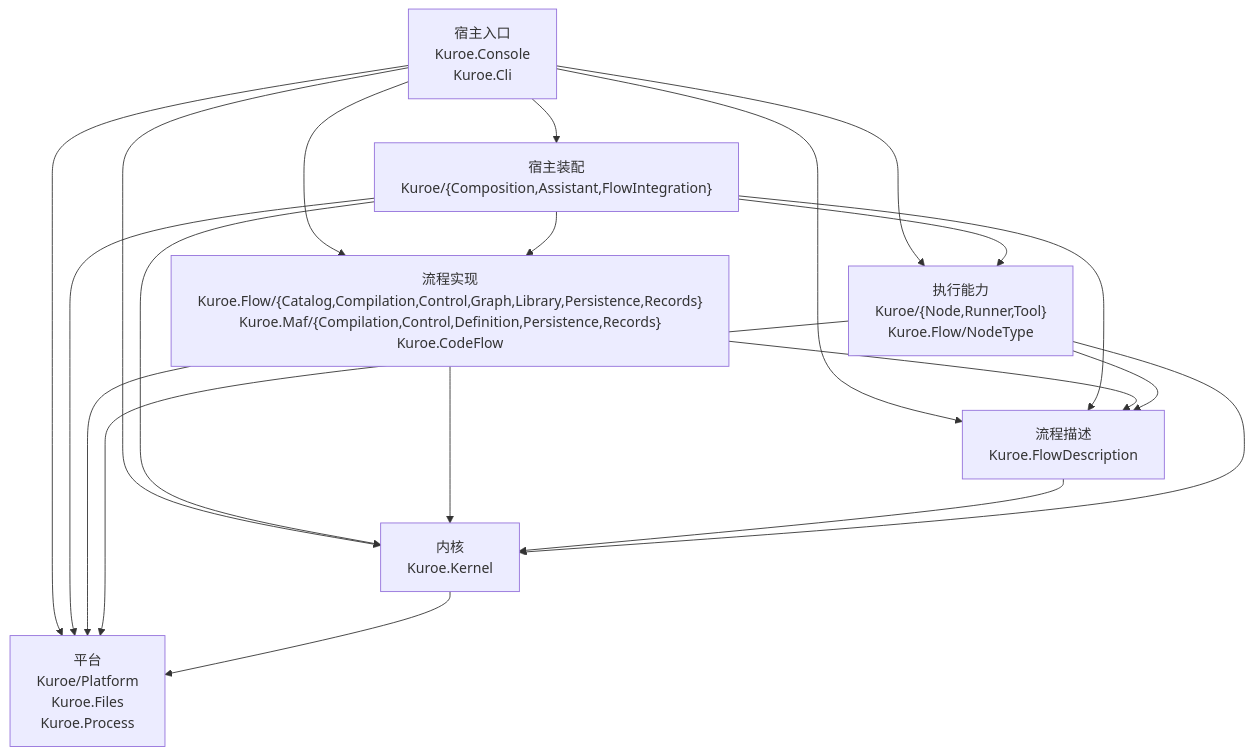
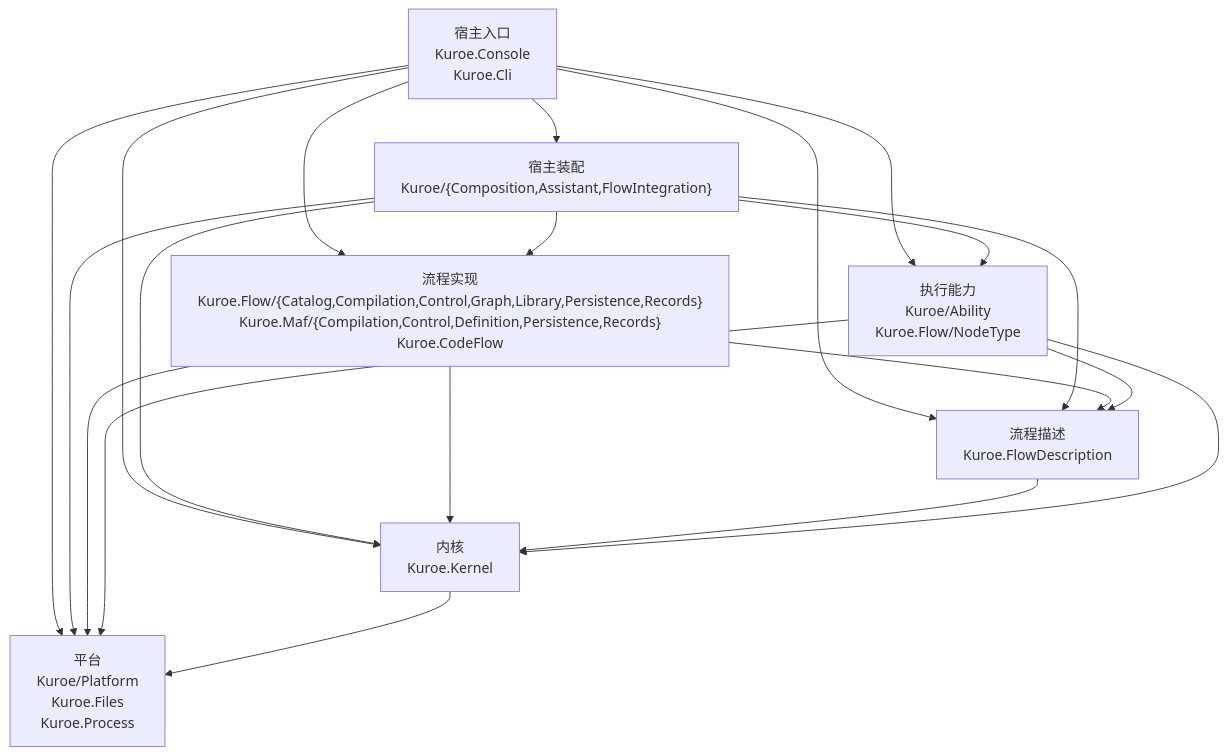
Before and after one commit to DrMelt/Kuroe: the diagram in docs/dev/architecture/functional-boundary/index.md, drawn with Mermaid. The commit also changed 835 other files, not shown here.

Commit message:
节点、运行器与工具统一 Ability 前缀并归入 Kuroe/Ability，测试项目随源项目改名，架构测试按能力域定位并删除 Runner 共享层命名空间特例，文档同步

````diff
--- a/docs/dev/architecture/functional-boundary/index.md
+++ b/docs/dev/architecture/functional-boundary/index.md
@@ -3,30 +3,30 @@
 ```mermaid
 flowchart TD
     LEntry["宿主入口<br>Kuroe.Console<br>Kuroe.Cli"]
     LAssembly["宿主装配<br>Kuroe/{Composition,Assistant,FlowIntegration}"]
     LFlow["流程实现<br>Kuroe.Flow/{Catalog,Compilation,Control,Graph,Library,Persistence,Records}<br>Kuroe.Maf/{Compilation,Control,Definition,Persistence,Records}<br>Kuroe.CodeFlow"]
     LDescription["流程描述<br>Kuroe.FlowDescription"]
-    LAbility["执行能力<br>Kuroe/{Node,Runner,Tool}<br>Kuroe.Flow/NodeType"]
+    LAbility["执行能力<br>Kuroe/Ability<br>Kuroe.Flow/NodeType"]
     LKernel["内核<br>Kuroe.Kernel"]
     LPlatform["平台<br>Kuroe/Platform<br>Kuroe.Files<br>Kuroe.Process"]
 
     LEntry --> LAssembly
     LEntry --> LFlow
     LEntry --> LDescription
     LEntry --> LAbility
     LEntry --> LKernel
     LEntry --> LPlatform
     LAssembly --> LFlow
     LAssembly --> LDescription
     LAssembly --> LAbility
     LAssembly --> LKernel
     LAssembly --> LPlatform
     LFlow --> LDescription
     LFlow --> LKernel
     LFlow --> LPlatform
     LDescription --> LKernel
     LAbility --> LDescription
     LAbility --> LKernel
     LAbility --> LPlatform
     LKernel --> LPlatform
 ```
````
